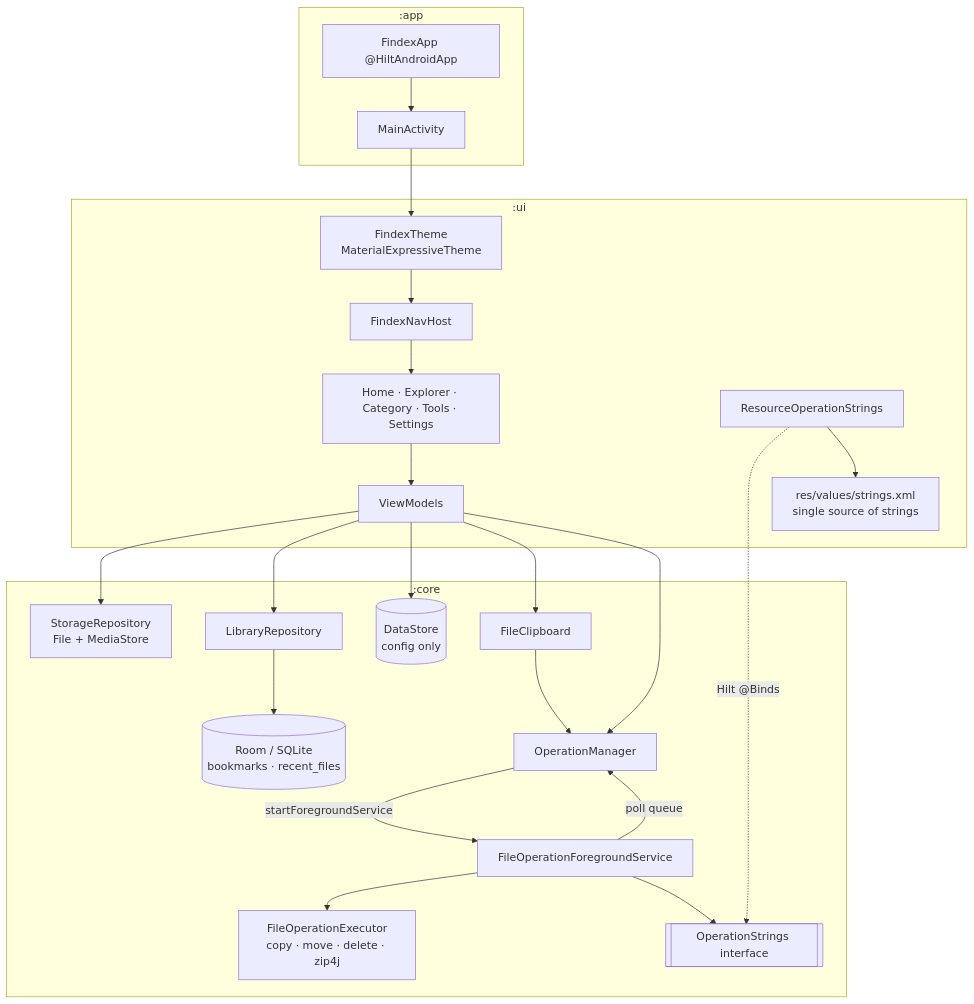
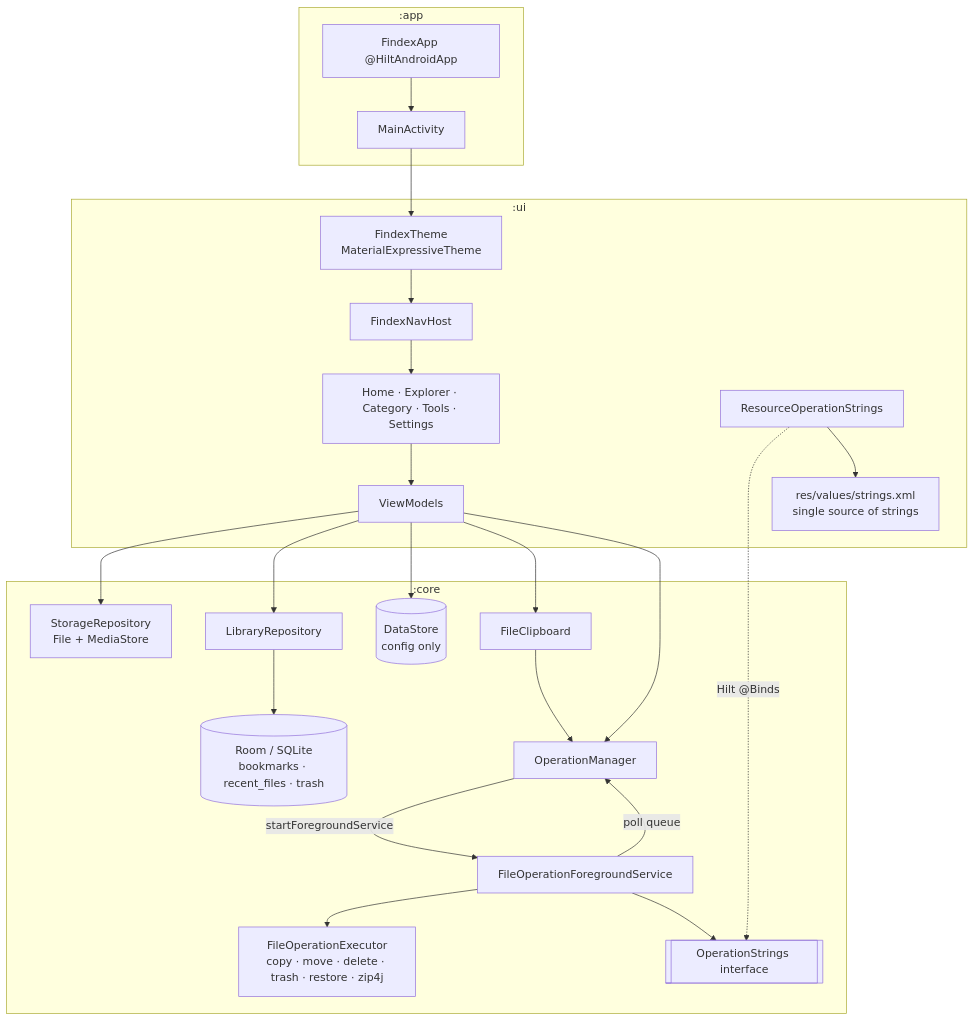
One commit to aiyu-ayaan/Findex changed the first of 5 diagrams in development/docs/ARCHITECTURE.md. Above: the diagram before and after it, drawn with Mermaid. The commit also changed other lines of this file and 21 other files, not shown here.

````diff
--- a/development/docs/ARCHITECTURE.md
+++ b/development/docs/ARCHITECTURE.md
@@ -11,41 +11,41 @@
 ```mermaid
 graph TD
     subgraph ":app"
         App[FindexApp @HiltAndroidApp]
         MainAct[MainActivity]
     end
 
     subgraph ":ui"
         UIStrings[res/values/strings.xml<br/>single source of strings]
         Theme[FindexTheme<br/>MaterialExpressiveTheme]
         Nav[FindexNavHost]
         Screens[Home · Explorer · Category · Tools · Settings]
         VMs[ViewModels]
         OpStrings[ResourceOperationStrings]
     end
 
     subgraph ":core"
         StorageRepo[StorageRepository<br/>File + MediaStore]
         LibraryRepo[LibraryRepository]
-        DB[(Room / SQLite<br/>bookmarks · recent_files)]
+        DB[(Room / SQLite<br/>bookmarks · recent_files · trash)]
         Settings[(DataStore<br/>config only)]
         OpMgr[OperationManager]
         Clip[FileClipboard]
-        Exec[FileOperationExecutor<br/>copy · move · delete · zip4j]
+        Exec[FileOperationExecutor<br/>copy · move · delete · trash · restore · zip4j]
         FGS[FileOperationForegroundService]
         OpStringsIf[[OperationStrings interface]]
     end
 
     App --> MainAct --> Theme --> Nav --> Screens --> VMs
     VMs --> StorageRepo
     VMs --> LibraryRepo --> DB
     VMs --> Settings
     VMs --> Clip --> OpMgr
     VMs --> OpMgr
     OpMgr -- startForegroundService --> FGS
     FGS -- poll queue --> OpMgr
     FGS --> Exec
     FGS --> OpStringsIf
     OpStrings -. Hilt @Binds .-> OpStringsIf
     OpStrings --> UIStrings
 ```
````
